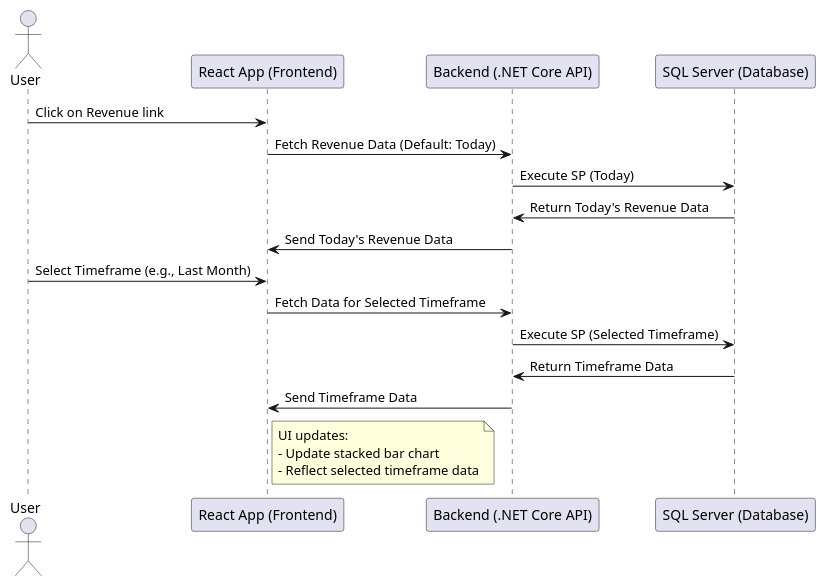
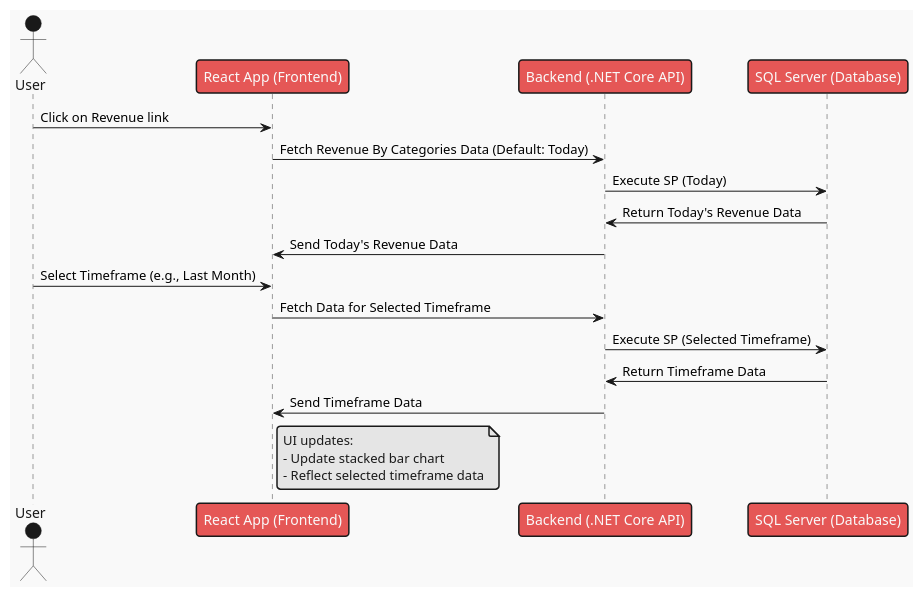
One commit to itthardik/DashboardAPI changed the diagram in Documentation/SequenceDigrams/Revenue/Diagram Code/TopRevenueByCategories.puml. Above: the diagram before and after it, drawn with PlantUML. The commit also changed 28 other files, not shown here.

```diff
--- a/Documentation/SequenceDigrams/Revenue/Diagram Code/TopRevenueByCategories.puml
+++ b/Documentation/SequenceDigrams/Revenue/Diagram Code/TopRevenueByCategories.puml
@@ -1,22 +1,23 @@
 @startuml
+!theme mars
 actor User
 
 User -> "React App (Frontend)" : Click on Revenue link
-"React App (Frontend)" -> "Backend (.NET Core API)" : Fetch Revenue Data (Default: Today)
+"React App (Frontend)" -> "Backend (.NET Core API)" : Fetch Revenue By Categories Data (Default: Today)
 "Backend (.NET Core API)" -> "SQL Server (Database)" : Execute SP (Today)
 "SQL Server (Database)" -> "Backend (.NET Core API)" : Return Today's Revenue Data
 "Backend (.NET Core API)" -> "React App (Frontend)" : Send Today's Revenue Data
 
 User -> "React App (Frontend)" : Select Timeframe (e.g., Last Month)
 "React App (Frontend)" -> "Backend (.NET Core API)" : Fetch Data for Selected Timeframe
 "Backend (.NET Core API)" -> "SQL Server (Database)" : Execute SP (Selected Timeframe)
 "SQL Server (Database)" -> "Backend (.NET Core API)" : Return Timeframe Data
 "Backend (.NET Core API)" -> "React App (Frontend)" : Send Timeframe Data
 
 note right of "React App (Frontend)"
 UI updates:
 - Update stacked bar chart
 - Reflect selected timeframe data
 end note
 
 @enduml
```
